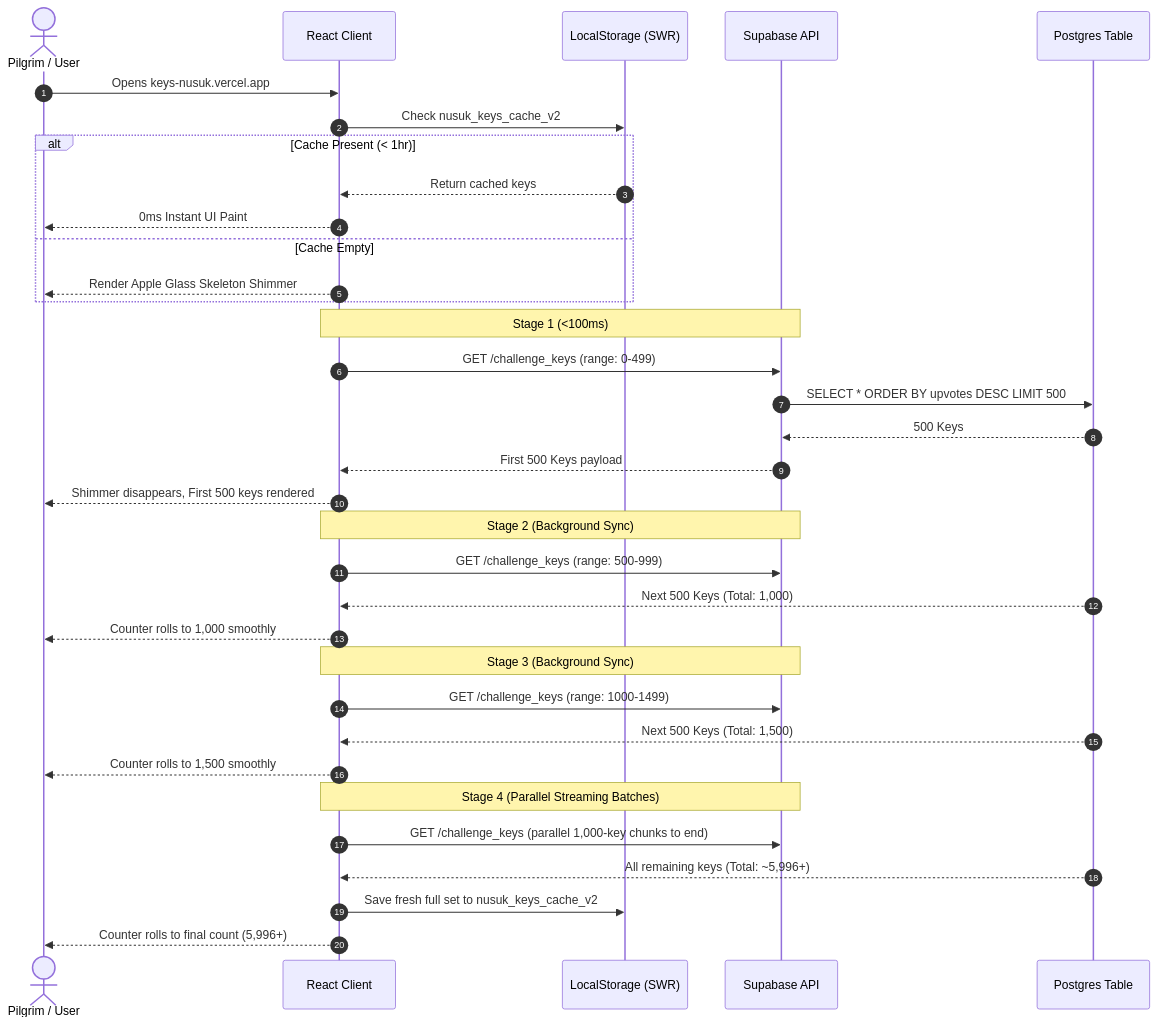
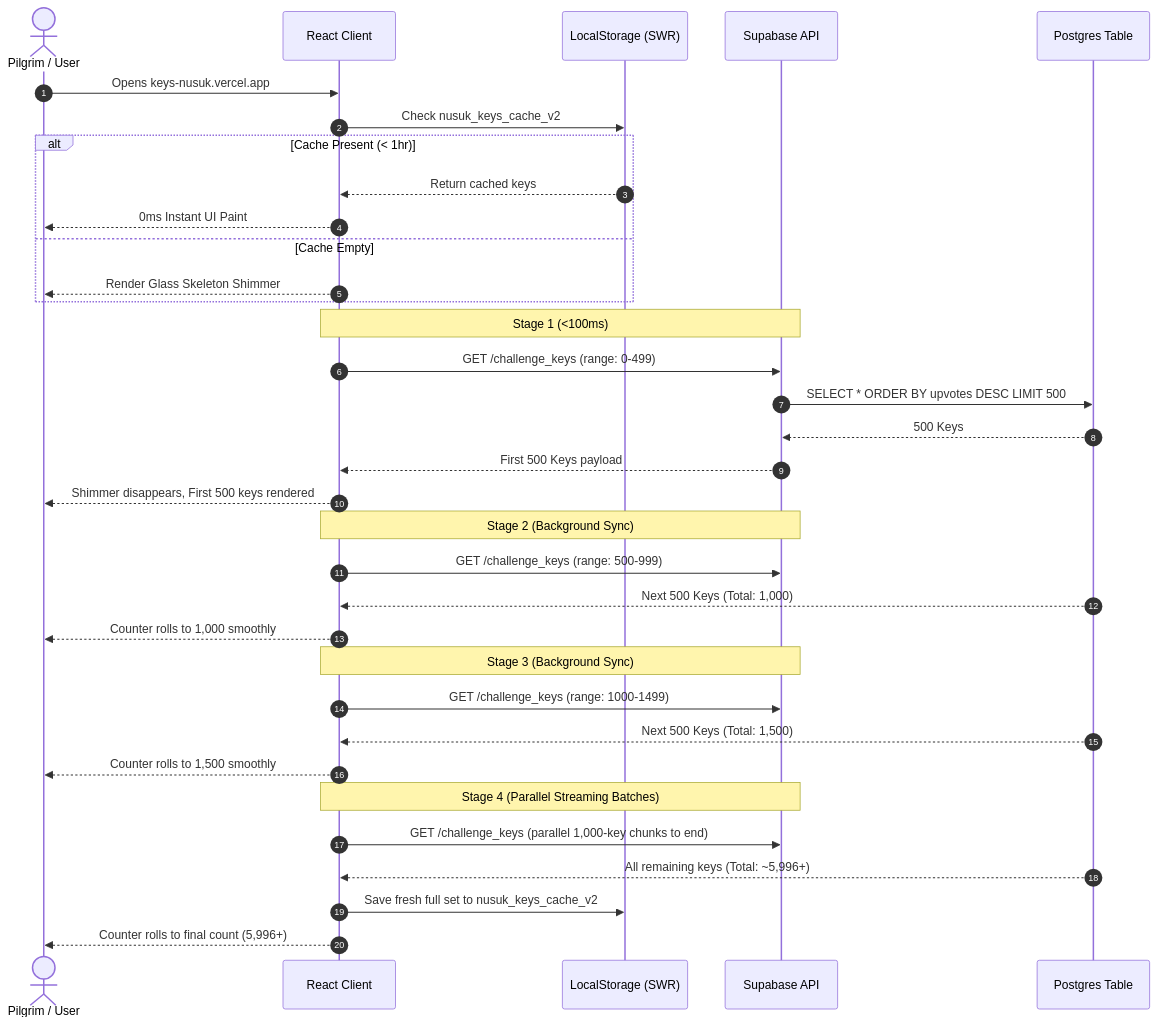
Before and after one commit to RanaZaid26194/nusuk_keys: the diagram in ARCHITECTURE.md, drawn with Mermaid. The commit also changed other lines of this file and 3 other files, not shown here.

````diff
--- a/ARCHITECTURE.md
+++ b/ARCHITECTURE.md
@@ -13,41 +13,41 @@
 ```mermaid
 sequenceDiagram
     autonumber
     actor User as Pilgrim / User
     participant Browser as React Client
     participant LS as LocalStorage (SWR)
     participant PostgREST as Supabase API
     participant DB as Postgres Table
 
     User->>Browser: Opens keys-nusuk.vercel.app
     Browser->>LS: Check nusuk_keys_cache_v2
     alt Cache Present (< 1hr)
         LS-->>Browser: Return cached keys
         Browser-->>User: 0ms Instant UI Paint
     else Cache Empty
-        Browser-->>User: Render Apple Glass Skeleton Shimmer
+        Browser-->>User: Render Glass Skeleton Shimmer
     end
 
     Note over Browser,PostgREST: Stage 1 (<100ms)
     Browser->>PostgREST: GET /challenge_keys (range: 0-499)
     PostgREST->>DB: SELECT * ORDER BY upvotes DESC LIMIT 500
     DB-->>PostgREST: 500 Keys
     PostgREST-->>Browser: First 500 Keys payload
     Browser-->>User: Shimmer disappears, First 500 keys rendered
 
     Note over Browser,PostgREST: Stage 2 (Background Sync)
     Browser->>PostgREST: GET /challenge_keys (range: 500-999)
     DB-->>Browser: Next 500 Keys (Total: 1,000)
     Browser-->>User: Counter rolls to 1,000 smoothly
 
     Note over Browser,PostgREST: Stage 3 (Background Sync)
     Browser->>PostgREST: GET /challenge_keys (range: 1000-1499)
     DB-->>Browser: Next 500 Keys (Total: 1,500)
     Browser-->>User: Counter rolls to 1,500 smoothly
 
     Note over Browser,PostgREST: Stage 4 (Parallel Streaming Batches)
     Browser->>PostgREST: GET /challenge_keys (parallel 1,000-key chunks to end)
     DB-->>Browser: All remaining keys (Total: ~5,996+)
     Browser->>LS: Save fresh full set to nusuk_keys_cache_v2
     Browser-->>User: Counter rolls to final count (5,996+)
 ```
````
